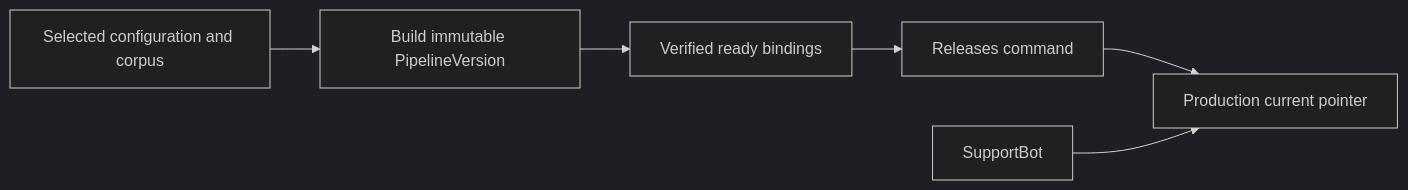
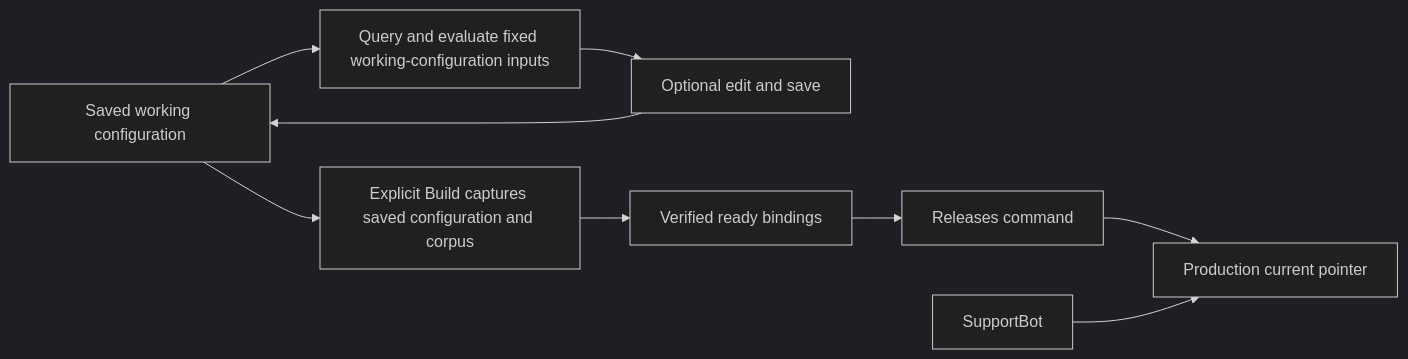
The diagram in docs/development/pipelines-and-releases.md (matejpalenik/inframeld), drawn with Mermaid (dark theme) before and after one commit. The commit also changed other lines of this file and 54 other files, not shown here.

Commit message:
docs(architecture): defer Studio and focus on a CLI as the main interface for v1

````diff
--- a/docs/development/pipelines-and-releases.md
+++ b/docs/development/pipelines-and-releases.md
@@ -65,8 +82,11 @@
 ```mermaid
 flowchart LR
-    Draft[Selected configuration and corpus] --> Build[Build immutable PipelineVersion]
+    Draft[Saved working configuration] --> DirectQuery[Query and evaluate fixed working-configuration inputs]
+    DirectQuery --> Edit[Optional edit and save]
+    Edit --> Draft
+    Draft --> Build[Explicit Build captures saved configuration and corpus]
     Build --> Ready[Verified ready bindings]
     Ready --> Publish[Releases command]
     Publish --> Deployment[Production current pointer]
     Bot[SupportBot] --> Deployment
 ```
````
